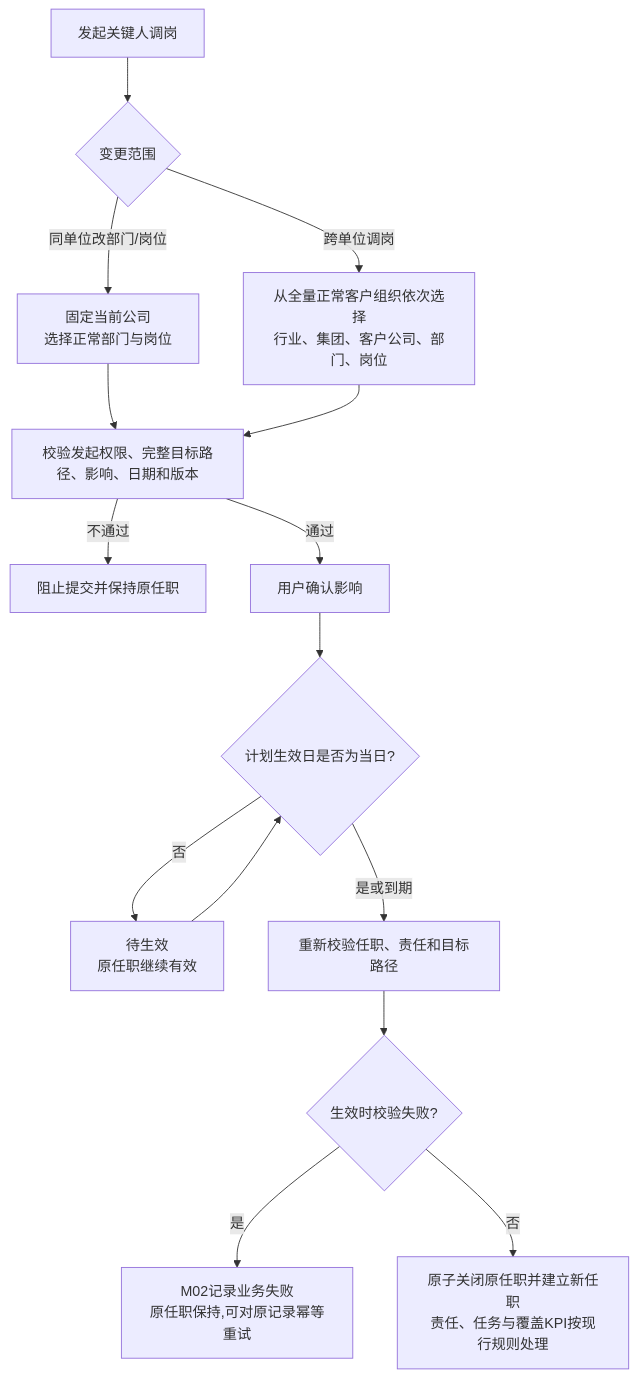
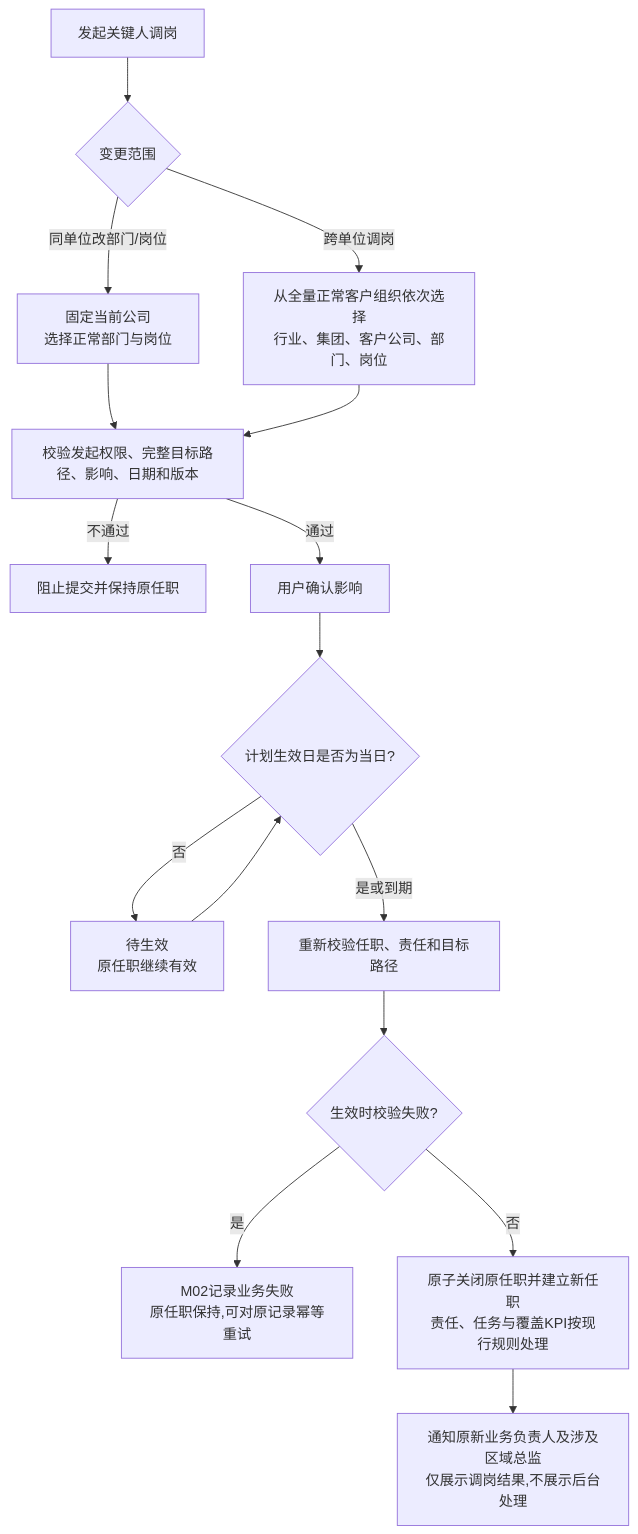
Before and after one commit to Joker-1030/Yingjia-Internal-Management-System: the diagram in prd-workspace/current/user-flows/FLOW-02-M02-key-contact-transfer.md, drawn with Mermaid. The commit also changed 37 other files, not shown here.

````diff
--- a/prd-workspace/current/user-flows/FLOW-02-M02-key-contact-transfer.md
+++ b/prd-workspace/current/user-flows/FLOW-02-M02-key-contact-transfer.md
@@ -8,17 +8,18 @@
 ```mermaid
 flowchart TD
     A[发起关键人调岗] --> B{变更范围}
     B -- 同单位改部门/岗位 --> C[固定当前公司<br/>选择正常部门与岗位]
     B -- 跨单位调岗 --> P[从全量正常客户组织依次选择<br/>行业、集团、客户公司、部门、岗位]
     C --> Q[校验发起权限、完整目标路径、影响、日期和版本]
     P --> Q
     Q -- 不通过 --> D[阻止提交并保持原任职]
     Q -- 通过 --> E[用户确认影响]
     E --> J{计划生效日是否为当日?}
     J -- 否 --> K[待生效<br/>原任职继续有效]
     K --> J
     J -- 是或到期 --> L[重新校验任职、责任和目标路径]
     L --> M{生效时校验失败?}
     M -- 是 --> N[M02记录业务失败<br/>原任职保持,可对原记录幂等重试]
     M -- 否 --> O[原子关闭原任职并建立新任职<br/>责任、任务与覆盖KPI按现行规则处理]
+    O --> Z[通知原新业务负责人及涉及区域总监<br/>仅展示调岗结果,不展示后台处理]
 ```
````
